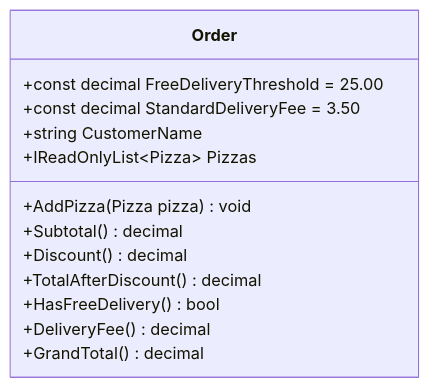
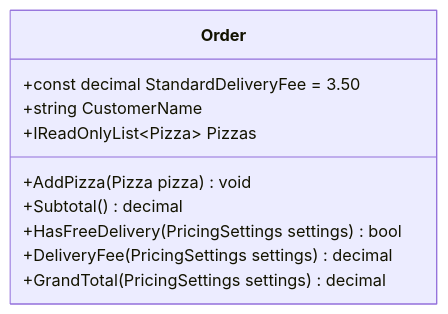
Before and after one commit to Timon-code95/PizzaShop: the fourth of 13 diagrams in docs/c4-model/04a-class-diagram-spiegazione.md, drawn with Mermaid. The commit also changed other lines of this file and 6 other files, not shown here.

````diff
--- a/docs/c4-model/04a-class-diagram-spiegazione.md
+++ b/docs/c4-model/04a-class-diagram-spiegazione.md
@@ -152,16 +169,13 @@
 ```mermaid
 classDiagram
 	class Order {
-		+const decimal FreeDeliveryThreshold = 25.00
 		+const decimal StandardDeliveryFee = 3.50
 		+string CustomerName
 		+IReadOnlyList~Pizza~ Pizzas
 		+AddPizza(Pizza pizza) void
 		+Subtotal() decimal
-		+Discount() decimal
-		+TotalAfterDiscount() decimal
-		+HasFreeDelivery() bool
-		+DeliveryFee() decimal
-		+GrandTotal() decimal
+		+HasFreeDelivery(PricingSettings settings) bool
+		+DeliveryFee(PricingSettings settings) decimal
+		+GrandTotal(PricingSettings settings) decimal
 	}
 ```
````
